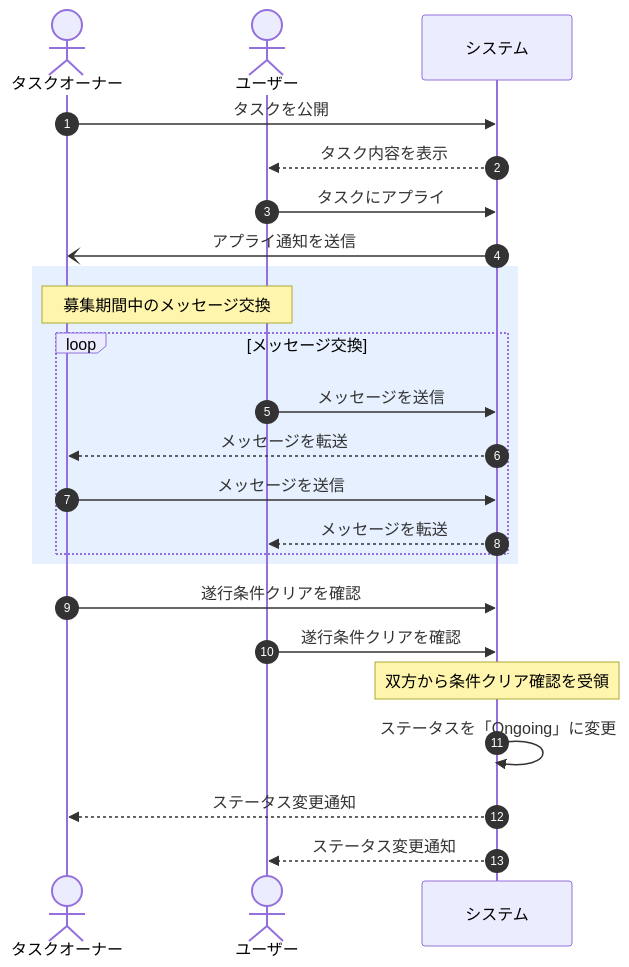
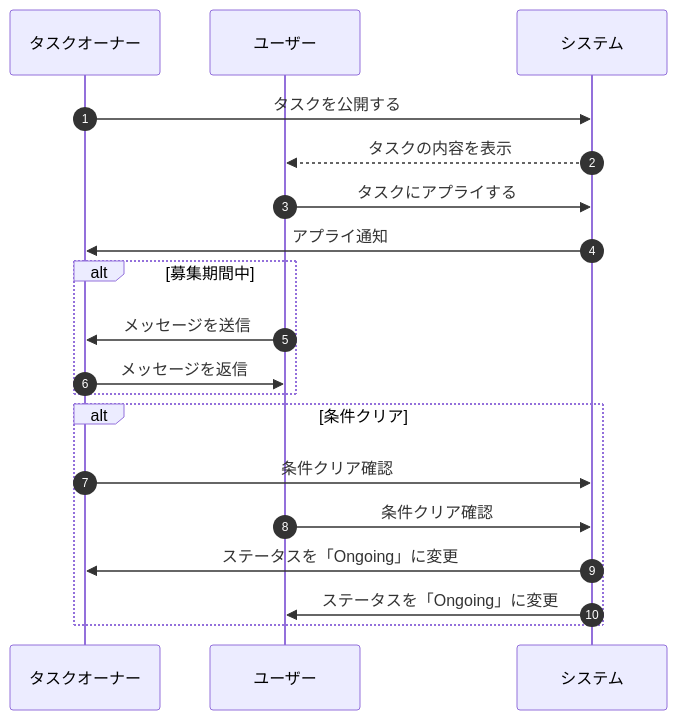
One commit to sc-hosokawa/frienda changed the ninth of 13 diagrams in docs/sequence-diagrams.md. Above: the diagram before and after it, drawn with Mermaid. The commit also changed other lines of this file, not shown here.

First line of the commit message:
docs: Notion図に合わせてシーケンス図を修正し景品交換フローを追加

````diff
--- a/docs/sequence-diagrams.md
+++ b/docs/sequence-diagrams.md
@@ -418,32 +392,26 @@
 ```mermaid
 sequenceDiagram
     autonumber
 
-    actor Owner as タスクオーナー
-    actor User as ユーザー
+    participant TaskOwner as タスクオーナー
+    participant User as ユーザー
     participant System as システム
 
-    Owner->>System: タスクを公開
-    System-->>User: タスク内容を表示
+    TaskOwner ->> System: タスクを公開する
+    System -->> User: タスクの内容を表示
 
-    User->>System: タスクにアプライ
-    System-)Owner: アプライ通知を送信
+    User ->> System: タスクにアプライする
+    System ->> TaskOwner: アプライ通知
 
-    rect rgb(230, 240, 255)
-    Note over Owner, User: 募集期間中のメッセージ交換
-    loop メッセージ交換
-        User->>System: メッセージを送信
-        System-->>Owner: メッセージを転送
-        Owner->>System: メッセージを送信
-        System-->>User: メッセージを転送
-    end
+    alt 募集期間中
+        User ->> TaskOwner: メッセージを送信
+        TaskOwner ->> User: メッセージを返信
     end
 
-    Owner->>System: 遂行条件クリアを確認
-    User->>System: 遂行条件クリアを確認
-
-    Note over System: 双方から条件クリア確認を受領
-    System->>System: ステータスを「Ongoing」に変更
-    System-->>Owner: ステータス変更通知
-    System-->>User: ステータス変更通知
+    alt 条件クリア
+        TaskOwner ->> System: 条件クリア確認
+        User ->> System: 条件クリア確認
+        System ->> TaskOwner: ステータスを「Ongoing」に変更
+        System ->> User: ステータスを「Ongoing」に変更
+    end
 ```
````
